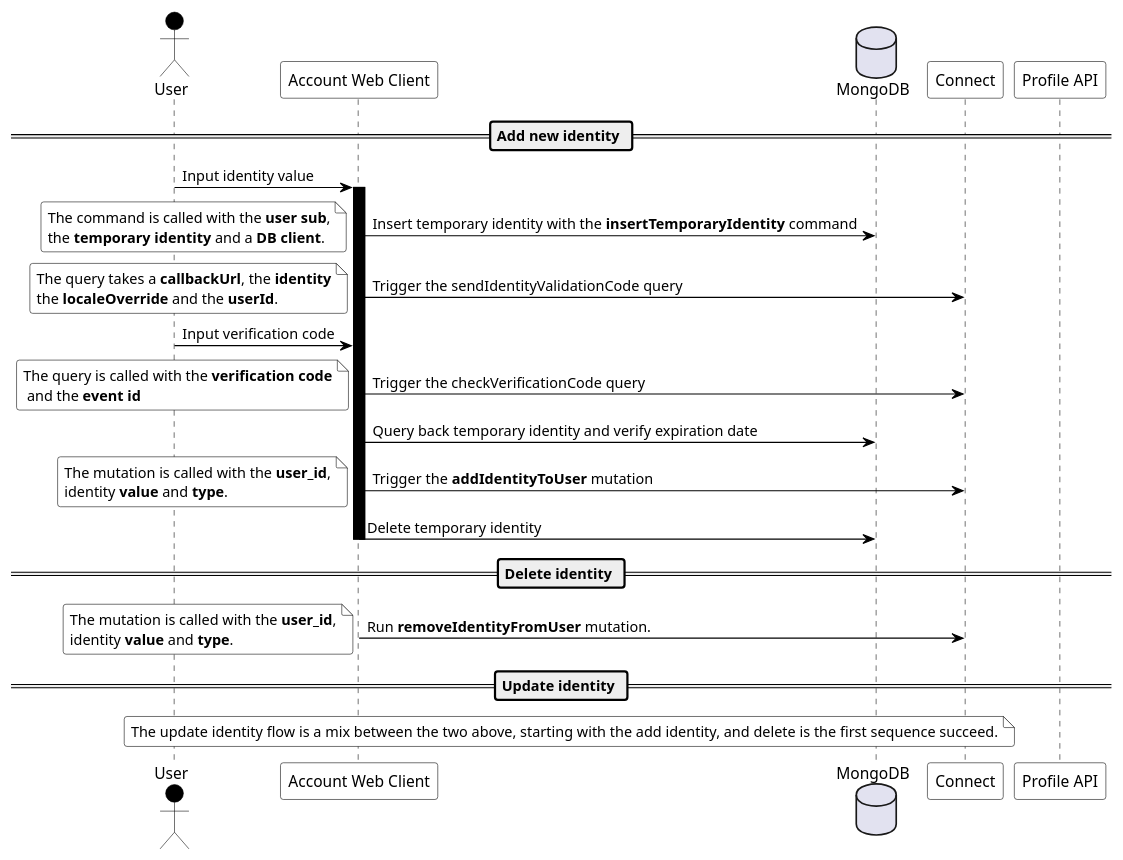
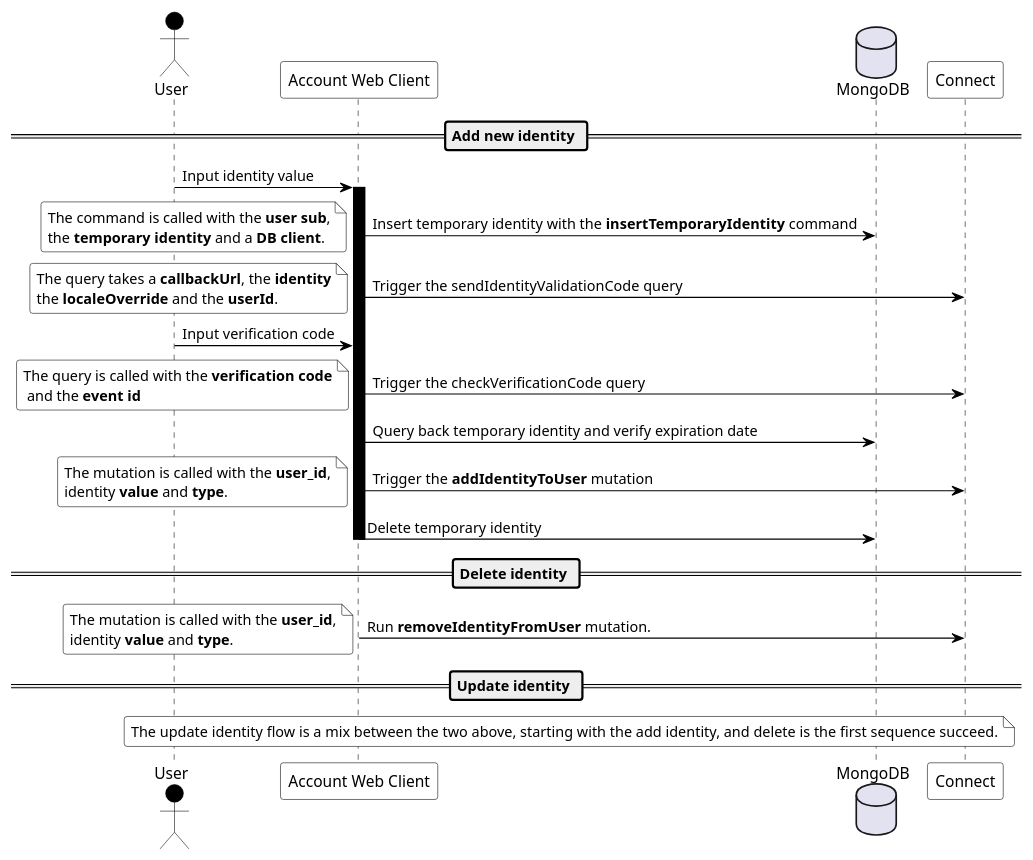
One commit to fewlinesco/connect-account changed the second of 3 diagrams in doc/flows.puml. Above: the diagram before and after it, drawn with PlantUML. The commit also changed other lines of this file and 2 other files, not shown here.

Commit message:
Removed profile from diagram

```diff
--- a/doc/flows.puml
+++ b/doc/flows.puml
@@ -104,74 +103,73 @@
 @startuml
 
 skinparam NoteBackgroundColor #fff
 skinparam NoteBorderColor #000
 
 skinparam sequence {
 	ArrowColor #000
 	ActorBorderColor #000
 
 	LifeLineBorderColor #000
 	LifeLineBackgroundColor #000
 
 	ParticipantBorderColor #000
 	ParticipantBackgroundColor #fff
 	ParticipantFontColor #000
 
 	ActorBackgroundColor #000
 	ActorFontColor #000
 
         NoteBorderColor #000
 }
 
 skinparam roundcorner 5
 
 actor User                         as user
 participant "Account Web Client"   as account
 database MongoDB                   as mongo
 participant "Connect"              as connect
-participant "Profile API"          as profile
 
 == Add new identity ==
 
 user -> account : Input identity value
 activate account
 account -> mongo : Insert temporary identity with the **insertTemporaryIdentity** command
 note left
 The command is called with the **user sub**,
 the **temporary identity** and a **DB client**.
 end note
 account -> connect : Trigger the sendIdentityValidationCode query
 note left
 The query takes a **callbackUrl**, the **identity**
 the **localeOverride** and the **userId**.
 end note
 user -> account : Input verification code
 account -> connect : Trigger the checkVerificationCode query
 note left
 The query is called with the **verification code**
  and the **event id**
 end note
 account -> mongo : Query back temporary identity and verify expiration date
 account -> connect : Trigger the **addIdentityToUser** mutation
 note left
 The mutation is called with the **user_id**,
 identity **value** and **type**.
 end note
 account -> mongo : Delete temporary identity
 deactivate account
 
 == Delete identity ==
 
 account -> connect : Run **removeIdentityFromUser** mutation.
 note left
 The mutation is called with the **user_id**,
 identity **value** and **type**.
 end note
 
 == Update identity ==
 
 note over user, connect
 The update identity flow is a mix between the two above, starting with the add identity, and delete is the first sequence succeed.
 end note
 
 @enduml
```
